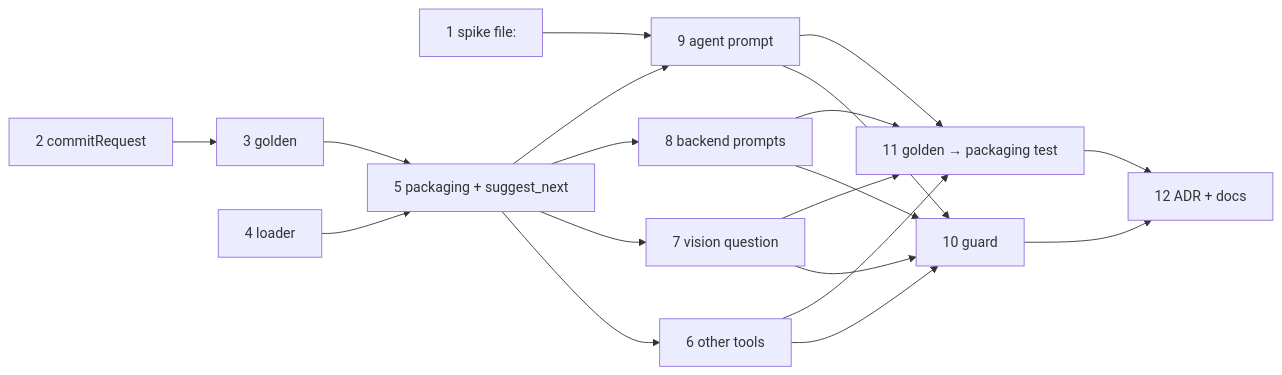
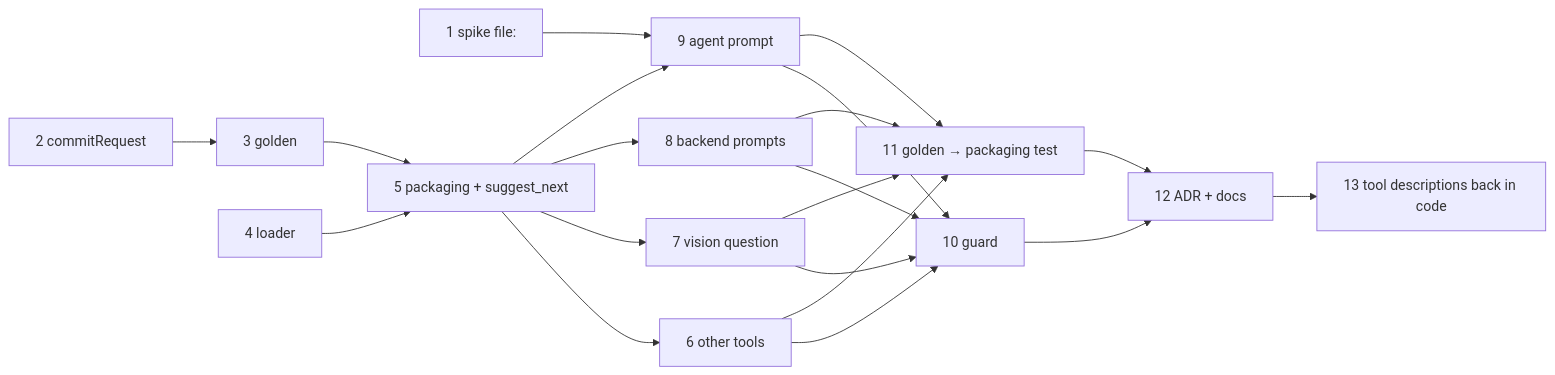
One commit to tillg/karpathy.app changed the diagram in specs/changes/prompts-as-md-files/plan.md. Above: the diagram before and after it, drawn with Mermaid. The commit also changed other lines of this file and 27 other files, not shown here.

````diff
--- a/specs/changes/prompts-as-md-files/plan.md
+++ b/specs/changes/prompts-as-md-files/plan.md
@@ -17,10 +17,10 @@
 ```mermaid
 flowchart LR
   1[1 spike file:] --> 9[9 agent prompt]
   2[2 commitRequest] --> 3[3 golden]
   4[4 loader] --> 5[5 packaging + suggest_next]
   3 --> 5
   5 --> 6[6 other tools] & 7[7 vision question] & 8[8 backend prompts] & 9
   6 & 7 & 8 & 9 --> 10[10 guard] & 11[11 golden → packaging test]
-  10 & 11 --> 12[12 ADR + docs]
+  10 & 11 --> 12[12 ADR + docs] --> 13[13 tool descriptions back in code]
 ```
````
